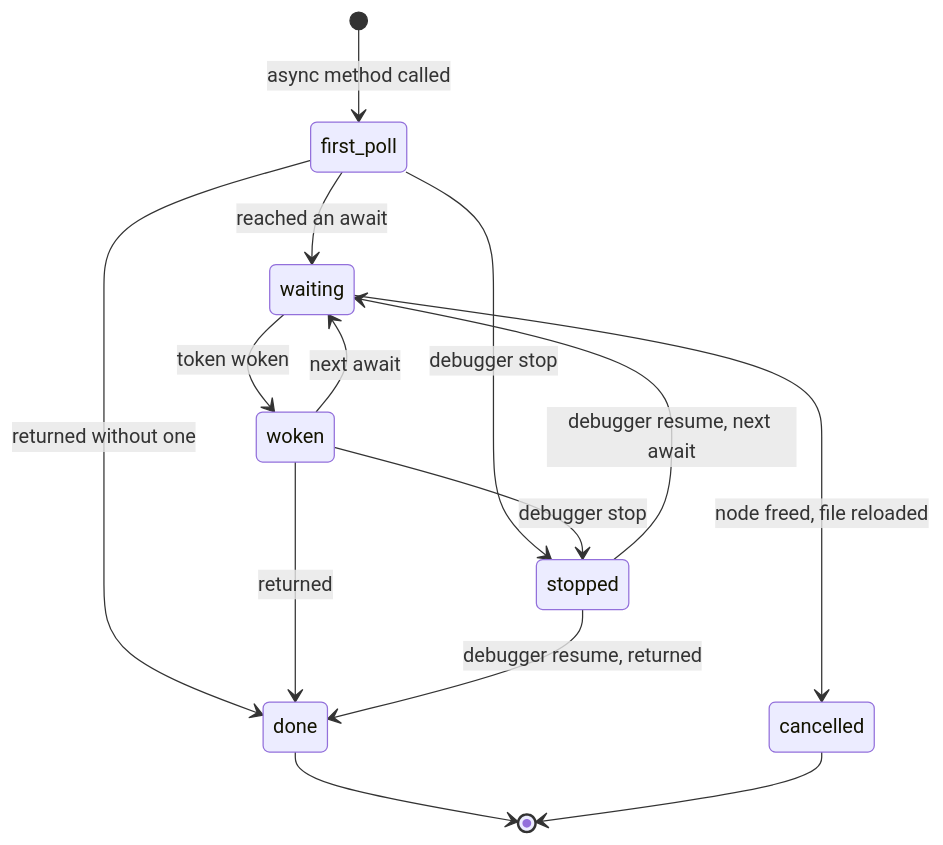
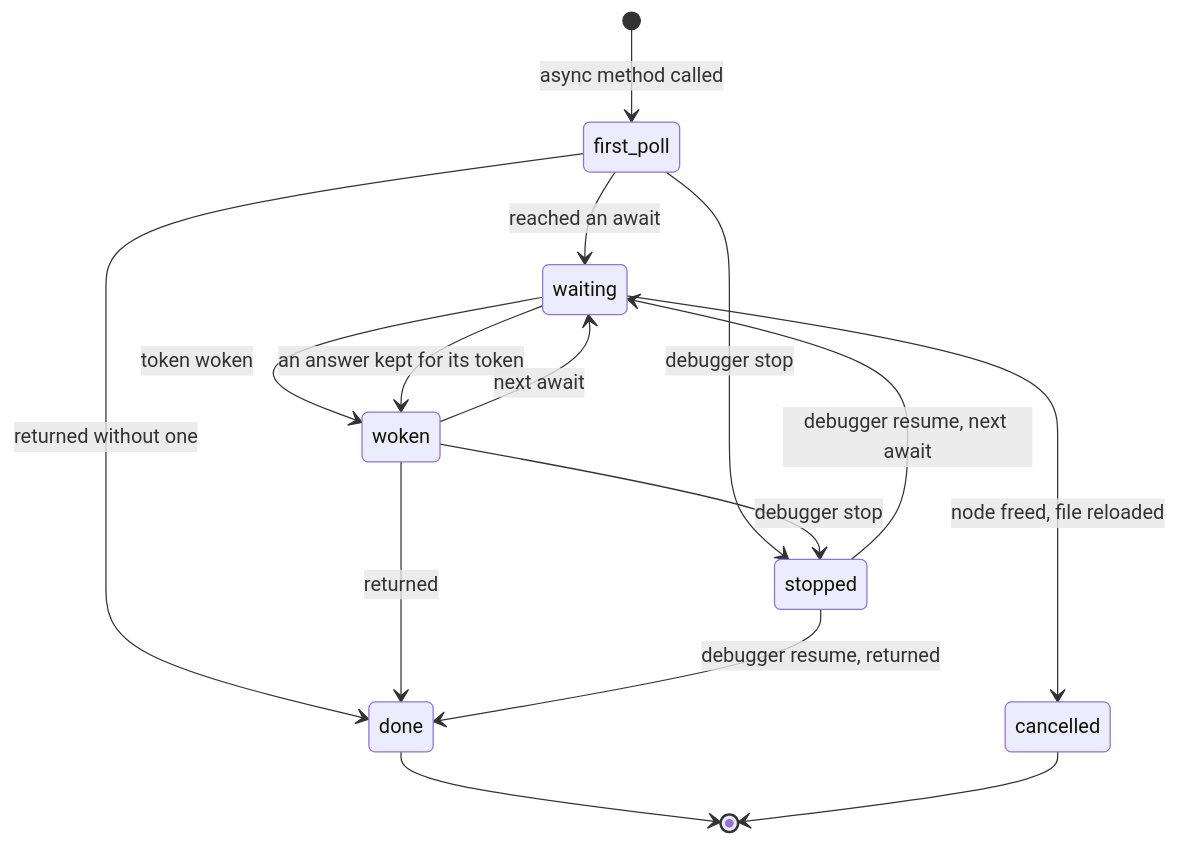
Before and after one commit to balaurengine/balaur: the ninth of 11 diagrams in docs/LIFECYCLE.md, drawn with Mermaid. The commit also changed other lines of this file and 13 other files, not shown here.

````diff
--- a/docs/LIFECYCLE.md
+++ b/docs/LIFECYCLE.md
@@ -402,16 +402,17 @@
 ```mermaid
 stateDiagram-v2
     [*] --> first_poll: async method called
     first_poll --> waiting: reached an await
     first_poll --> done: returned without one
     waiting --> woken: token woken
+    waiting --> woken: an answer kept for its token
     woken --> waiting: next await
     woken --> done: returned
     waiting --> cancelled: node freed, file reloaded
     first_poll --> stopped: debugger stop
     woken --> stopped: debugger stop
     stopped --> waiting: debugger resume, next await
     stopped --> done: debugger resume, returned
     done --> [*]
     cancelled --> [*]
 ```
````
